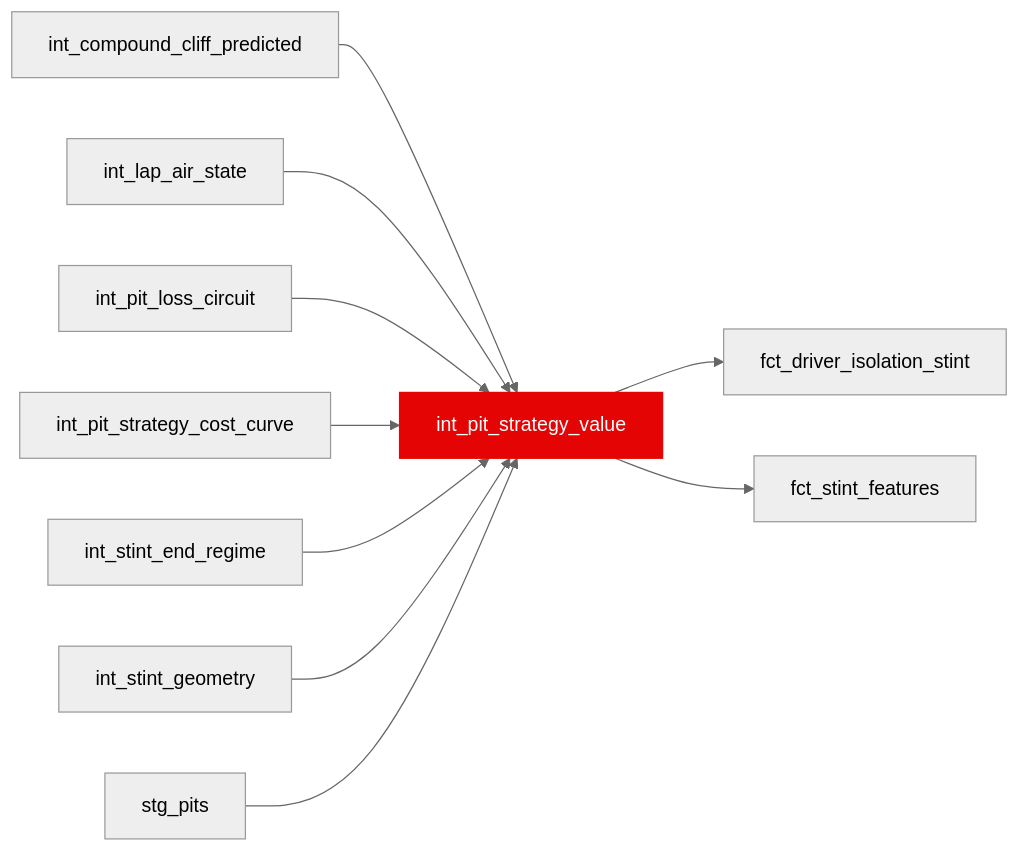
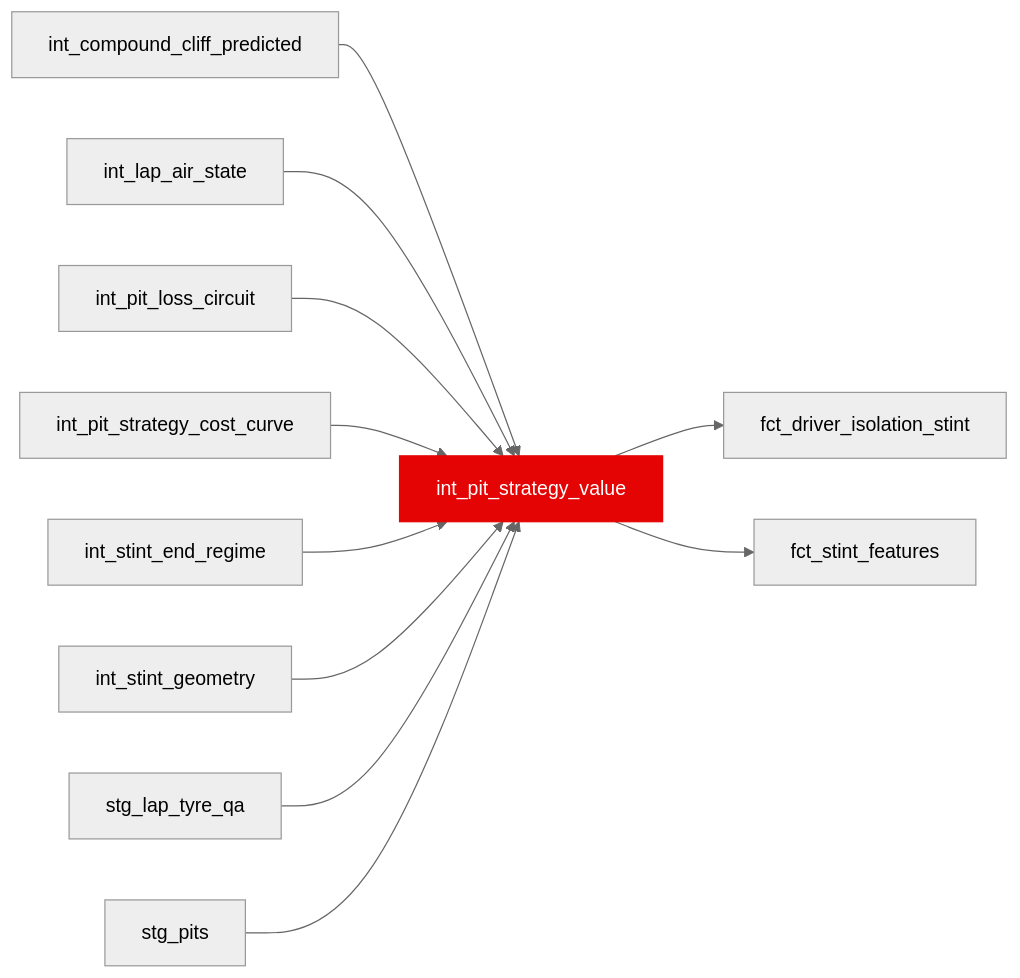
The diagram in docs/reference/models/int/int_pit_strategy_value.mdx (JustinClarke/off-the-pace), drawn with Mermaid (neutral theme) before and after one commit. The commit also changed other lines of this file and 286 other files, not shown here.

````diff
--- a/docs/reference/models/int/int_pit_strategy_value.mdx
+++ b/docs/reference/models/int/int_pit_strategy_value.mdx
@@ -15,13 +15,14 @@
 ```mermaid
 flowchart LR
   int_compound_cliff_predicted --> int_pit_strategy_value
   int_lap_air_state --> int_pit_strategy_value
   int_pit_loss_circuit --> int_pit_strategy_value
   int_pit_strategy_cost_curve --> int_pit_strategy_value
   int_stint_end_regime --> int_pit_strategy_value
   int_stint_geometry --> int_pit_strategy_value
+  stg_lap_tyre_qa --> int_pit_strategy_value
   stg_pits --> int_pit_strategy_value
   int_pit_strategy_value --> fct_driver_isolation_stint
   int_pit_strategy_value --> fct_stint_features
   style int_pit_strategy_value fill:#e40404,stroke:#e40404,color:#fff
 ```
````
